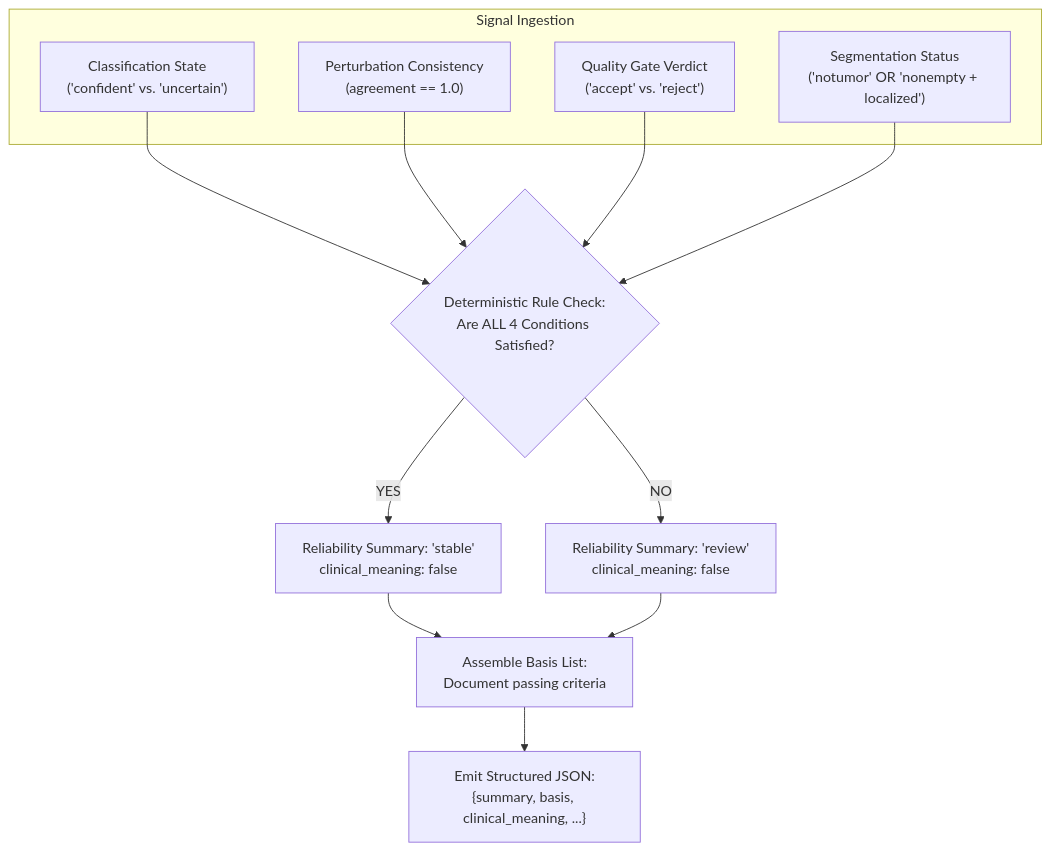
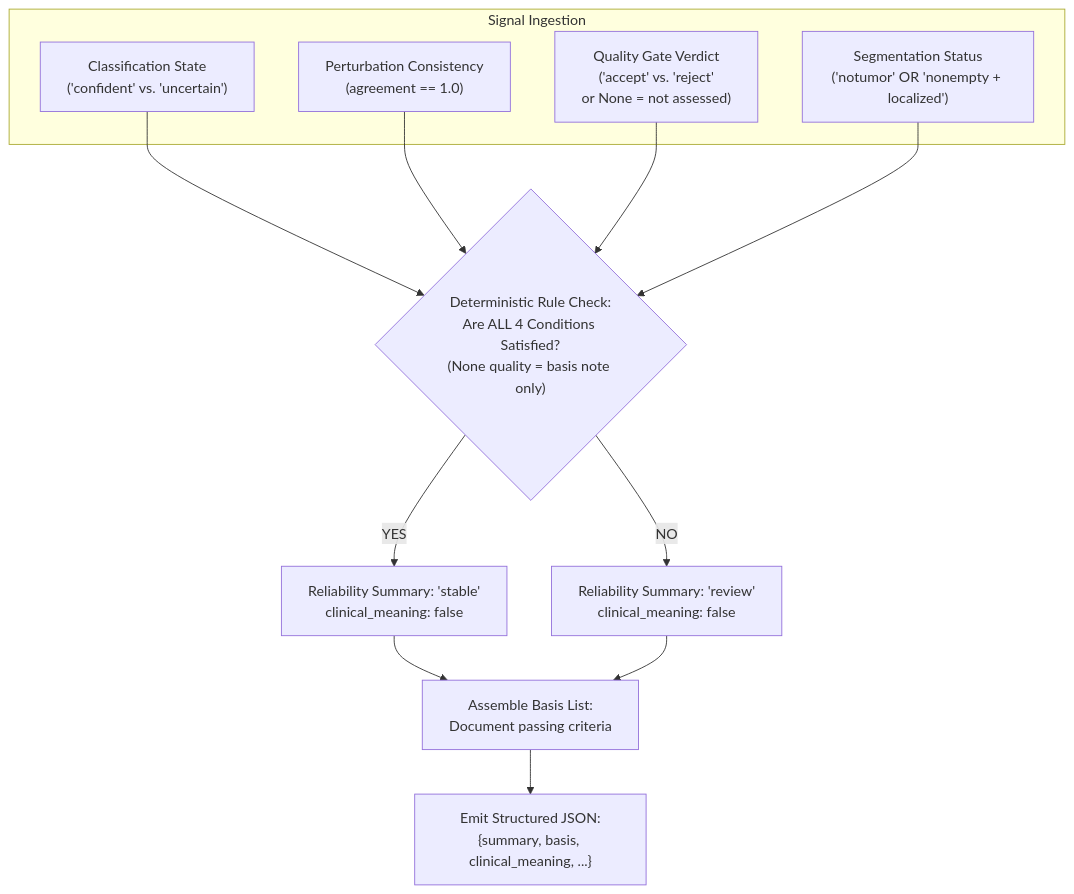
Before and after one commit to NeutronZero/BrainTumor-MajorProject: the ninth of 22 diagrams in docs/architecture/system_architecture_specification.md, drawn with Mermaid. The commit also changed other lines of this file and 45 other files, not shown here.

````diff
--- a/docs/architecture/system_architecture_specification.md
+++ b/docs/architecture/system_architecture_specification.md
@@ -658,19 +661,19 @@
 ```mermaid
 flowchart TD
     subgraph Signal Ingestion
         S1["Classification State<br/>('confident' vs. 'uncertain')"]
         S2["Perturbation Consistency<br/>(agreement == 1.0)"]
-        S3["Quality Gate Verdict<br/>('accept' vs. 'reject')"]
+        S3["Quality Gate Verdict<br/>('accept' vs. 'reject'<br/>or None = not assessed)"]
         S4["Segmentation Status<br/>('notumor' OR 'nonempty + localized')"]
     end
 
-    S1 & S2 & S3 & S4 --> RuleEngine{"Deterministic Rule Check:<br/>Are ALL 4 Conditions Satisfied?"}
+    S1 & S2 & S3 & S4 --> RuleEngine{"Deterministic Rule Check:<br/>Are ALL 4 Conditions Satisfied?<br/>(None quality = basis note only)"}
     
     RuleEngine -->|YES| StableVerdict["Reliability Summary: 'stable'<br/>clinical_meaning: false"]
     RuleEngine -->|NO| ReviewVerdict["Reliability Summary: 'review'<br/>clinical_meaning: false"]
     
     StableVerdict --> BasisBuilder["Assemble Basis List:<br/>Document passing criteria"]
     ReviewVerdict --> BasisBuilder
     
     BasisBuilder --> OutputPayload["Emit Structured JSON:<br/>{summary, basis, clinical_meaning, ...}"]
 ```
````
